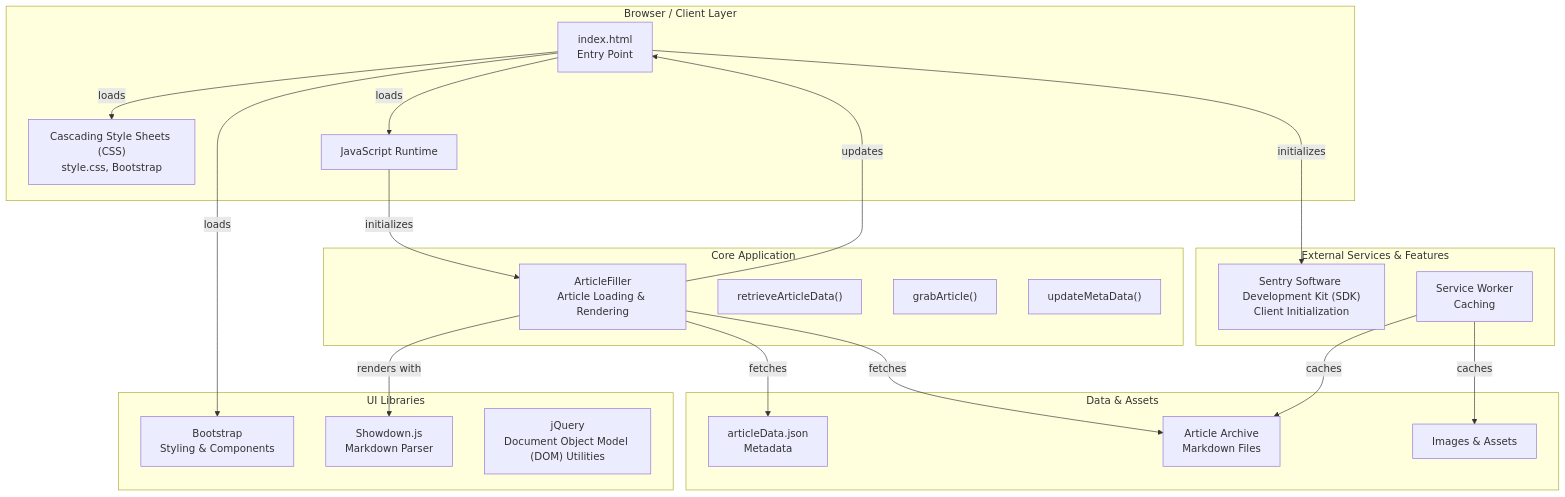
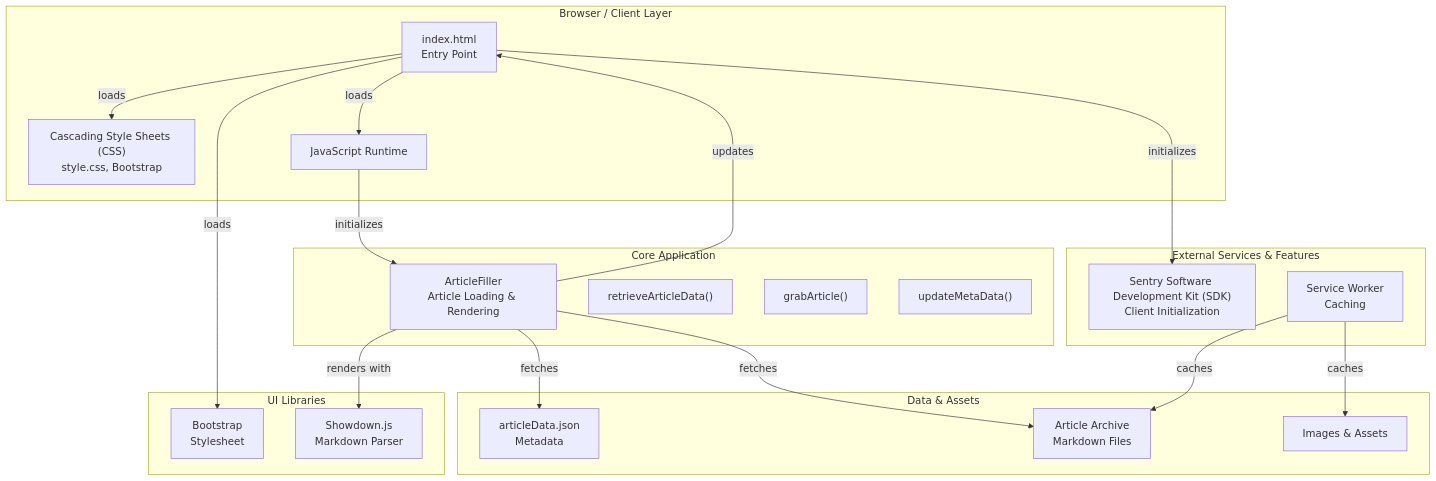
One commit to AlexJSully/Small-Dev-Talk changed the first of 2 diagrams in docs/architecture/system.md. Above: the diagram before and after it, drawn with Mermaid. The commit also changed other lines of this file and 92 other files, not shown here.

````diff
--- a/docs/architecture/system.md
+++ b/docs/architecture/system.md
@@ -7,46 +7,45 @@
 ```mermaid
 graph TB
     accTitle: System architecture overview
-    accDescr: Layered diagram showing the browser client layer (index.html entry point, CSS and Bootstrap styles, JavaScript runtime) driving the ArticleFiller core (retrieveArticleData, grabArticle, updateMetaData), which fetches articleData.json metadata and the Markdown article archive and renders content via Showdown before updating the HTML. External services include the Sentry SDK and a caching service worker, and UI libraries include Bootstrap, Showdown.js, and jQuery.
+    accDescr: Layered diagram showing the browser client layer (index.html entry point, CSS and Bootstrap styles, JavaScript runtime) driving the ArticleFiller core (retrieveArticleData, grabArticle, updateMetaData), which fetches articleData.json metadata and the Markdown article archive and renders content via Showdown before updating the HTML. External services include the Sentry SDK and a caching service worker, and UI libraries include the Bootstrap stylesheet and Showdown.js.
     subgraph Client["Browser / Client Layer"]
         HTML["index.html<br/>Entry Point"]
         CSS["Cascading Style Sheets (CSS)<br/>style.css, Bootstrap"]
         JS["JavaScript Runtime"]
     end
 
     subgraph Core["Core Application"]
         AF["ArticleFiller<br/>Article Loading & Rendering"]
         AF_subA["retrieveArticleData()"]
         AF_subB["grabArticle()"]
         AF_subC["updateMetaData()"]
     end
 
     subgraph Data["Data & Assets"]
         ArticleData["articleData.json<br/>Metadata"]
         ArticleArchive["Article Archive<br/>Markdown Files"]
         Images["Images & Assets"]
     end
 
     subgraph Services["External Services & Features"]
         Sentry["Sentry Software Development Kit (SDK)<br/>Client Initialization"]
         SW["Service Worker<br/>Caching"]
     end
 
     subgraph Libraries["UI Libraries"]
-        Bootstrap["Bootstrap<br/>Styling & Components"]
+        Bootstrap["Bootstrap<br/>Stylesheet"]
         Showdown["Showdown.js<br/>Markdown Parser"]
-        jQuery["jQuery<br/>Document Object Model (DOM) Utilities"]
     end
 
     HTML -->|loads| CSS
     HTML -->|loads| JS
     JS -->|initializes| AF
     AF -->|fetches| ArticleData
     AF -->|fetches| ArticleArchive
     AF -->|renders with| Showdown
     AF -->|updates| HTML
     HTML -->|initializes| Sentry
     SW -->|caches| Images
     SW -->|caches| ArticleArchive
     HTML -->|loads| Bootstrap
 ```
````
